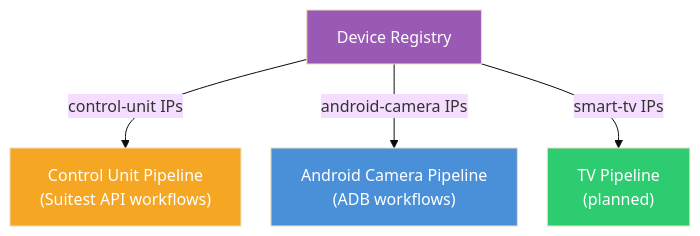
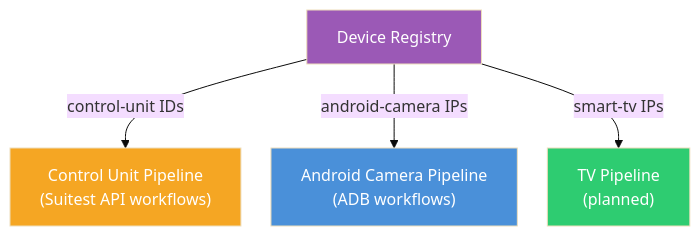
One commit to vflorio/scheduler-fp changed the second of 2 diagrams in apps/docs/docs/device-registry.mdx. Above: the diagram before and after it, drawn with Mermaid (base theme). The commit also changed other lines of this file and 14 other files, not shown here.

````diff
--- a/apps/docs/docs/device-registry.mdx
+++ b/apps/docs/docs/device-registry.mdx
@@ -77,19 +83,19 @@
 ```mermaid
 ---
 config:
   flowchart:
     nodeSpacing: 30
     rankSpacing: 60
 ---
 graph TD
     Registry["Device Registry"]
 
-    Registry -- "control-unit IPs" --> CUPipeline["Control Unit Pipeline <br/> (Suitest API workflows)"]
+    Registry -- "control-unit IDs" --> CUPipeline["Control Unit Pipeline <br/> (Suitest API workflows)"]
     Registry -- "android-camera IPs" --> ACPipeline["Android Camera Pipeline <br/> (ADB workflows)"]
     Registry -- "smart-tv IPs" --> TVPipeline["TV Pipeline <br/> (planned)"]
 
     style Registry fill:#9b59b6,color:#fff
     style CUPipeline fill:#f5a623,color:#fff
     style ACPipeline fill:#4a90d9,color:#fff
     style TVPipeline fill:#2ecc71,color:#fff
 ```
````
